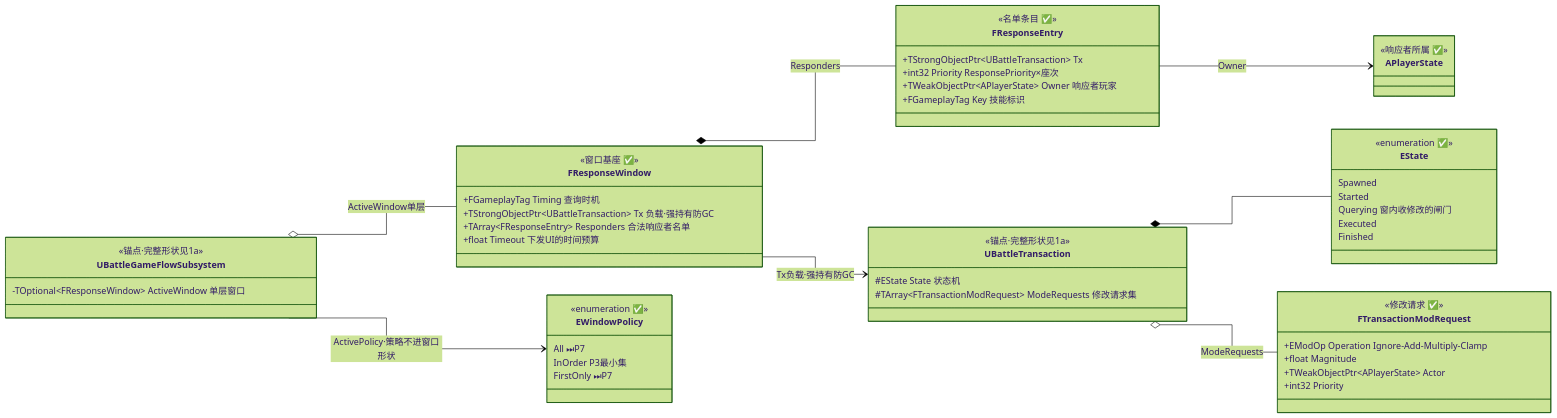
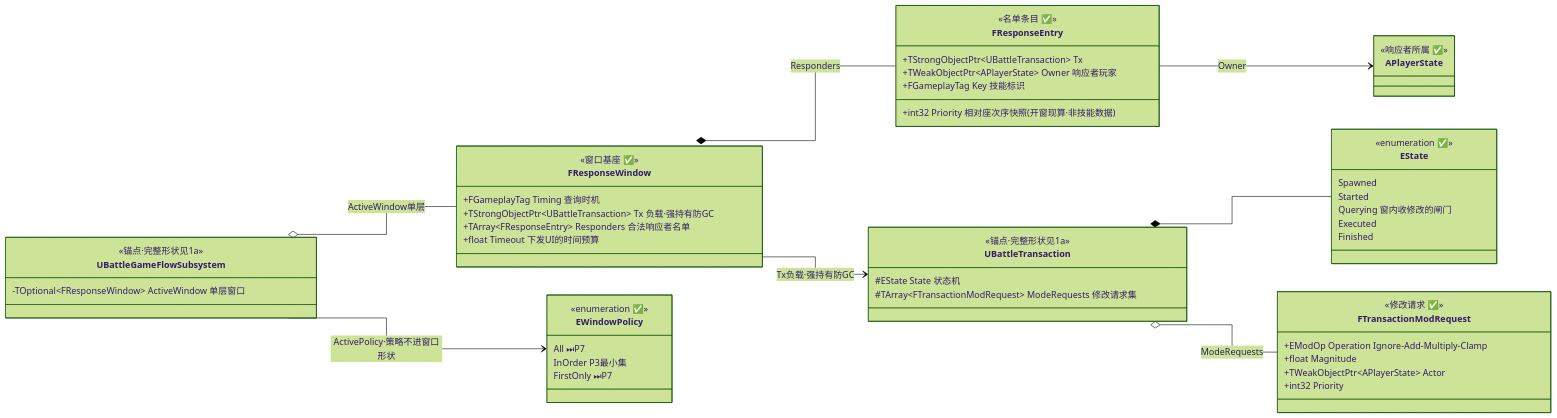
The second of 6 diagrams in Docs/02-阶段性任务/P3-架构图集.md (Fyammetta/ArkWars), drawn with Mermaid (forest theme) before and after one commit. The commit also changed other lines of this file and 17 other files, not shown here.

Commit message:
更新交易族UML图以及P3进度推进

````diff
--- a/Docs/02-阶段性任务/P3-架构图集.md
+++ b/Docs/02-阶段性任务/P3-架构图集.md
@@ -112,68 +112,68 @@
 ```mermaid
 %%{init: {"flowchart": {"curve": "stepAfter"}}}%%
 classDiagram
     direction LR
 
     class UBattleGameFlowSubsystem {
         <<锚点·完整形状见1a>>
         -TOptional~FResponseWindow~ ActiveWindow 单层窗口
     }
 
     class UBattleTransaction {
         <<锚点·完整形状见1a>>
         #EState State 状态机
         #TArray~FTransactionModRequest~ ModeRequests 修改请求集
     }
 
     class FResponseWindow {
         <<窗口基座 ✅>>
         +FGameplayTag Timing 查询时机
         +TStrongObjectPtr~UBattleTransaction~ Tx 负载·强持有防GC
         +TArray~FResponseEntry~ Responders 合法响应者名单
         +float Timeout 下发UI的时间预算
     }
 
     class FResponseEntry {
         <<名单条目 ✅>>
         +TStrongObjectPtr~UBattleTransaction~ Tx
-        +int32 Priority ResponsePriority×座次
+        +int32 Priority 相对座次序快照(开窗现算·非技能数据)
         +TWeakObjectPtr~APlayerState~ Owner 响应者玩家
         +FGameplayTag Key 技能标识
     }
 
     class FTransactionModRequest {
         <<修改请求 ✅>>
         +EModOp Operation Ignore-Add-Multiply-Clamp
         +float Magnitude
         +TWeakObjectPtr~APlayerState~ Actor
         +int32 Priority
     }
 
     class EWindowPolicy {
         <<enumeration ✅>>
         All ⏭P7
         InOrder P3最小集
         FirstOnly ⏭P7
     }
 
     class EState {
         <<enumeration ✅>>
         Spawned
         Started
         Querying 窗内收修改的闸门
         Executed
         Finished
     }
 
     class APlayerState {
         <<响应者所属 ✅>>
     }
 
     UBattleGameFlowSubsystem o-- FResponseWindow : ActiveWindow单层
     UBattleGameFlowSubsystem --> EWindowPolicy : ActivePolicy·策略不进窗口形状
     FResponseWindow *-- FResponseEntry : Responders
     FResponseWindow --> UBattleTransaction : Tx负载·强持有防GC
     FResponseEntry --> APlayerState : Owner
     UBattleTransaction *-- EState
     UBattleTransaction o-- FTransactionModRequest : ModeRequests
 ```
````
